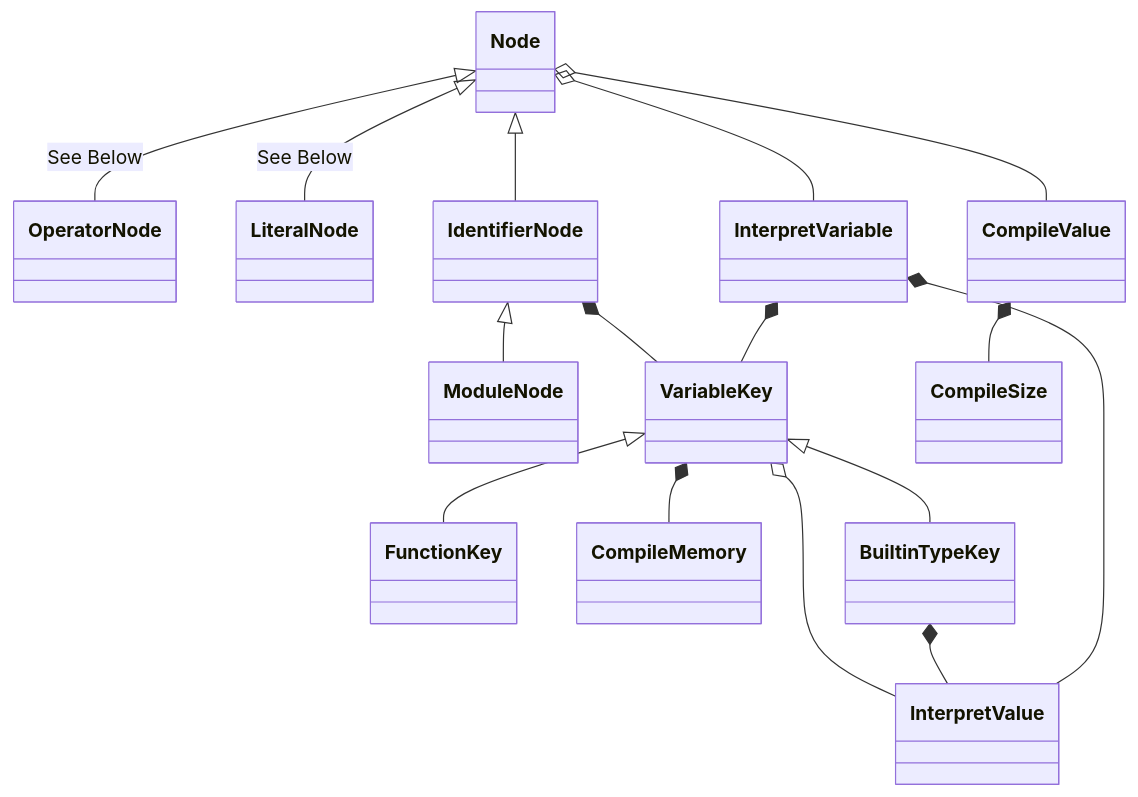
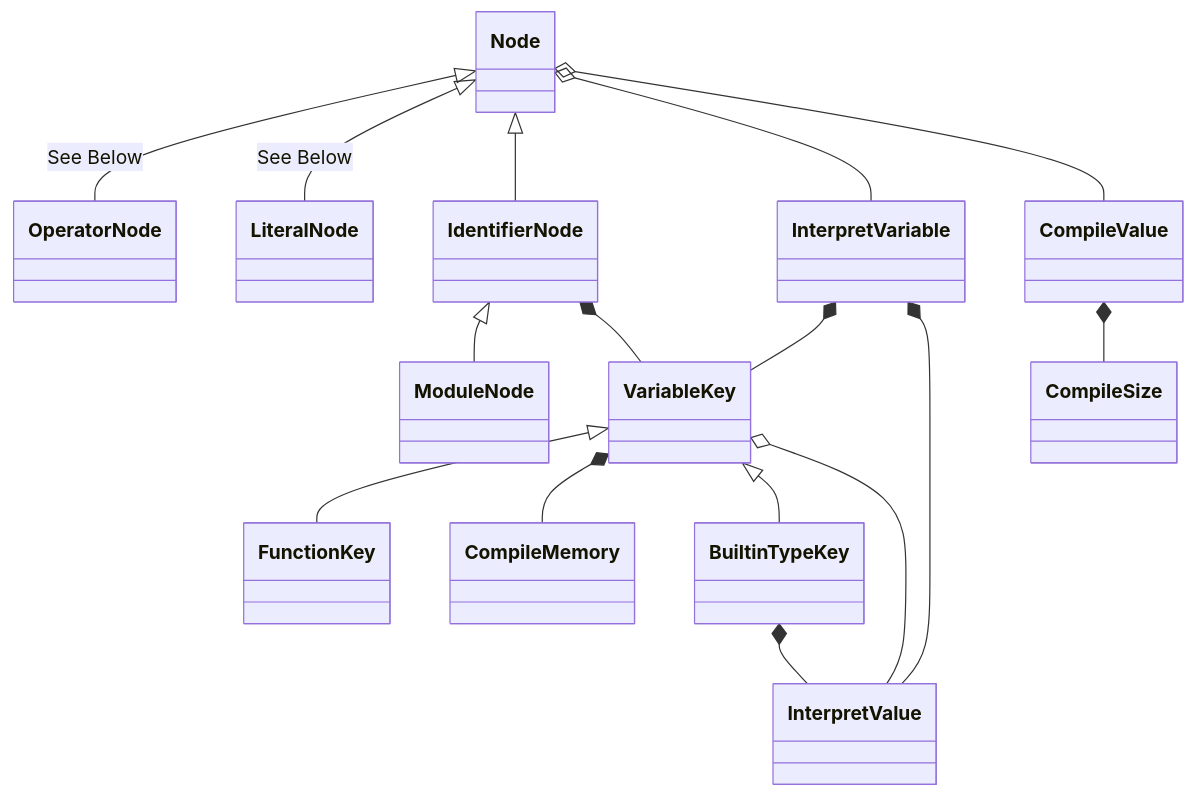
Before and after one commit to Jzhyang1/Monomer: the first of 4 diagrams in README.md, drawn with Mermaid. The commit also changed other lines of this file, not shown here.

````diff
--- a/README.md
+++ b/README.md
@@ -239,18 +239,20 @@
 ```mermaid
 classDiagram
 Node <|-- OperatorNode: See Below
 Node <|-- LiteralNode: See Below
 Node <|-- IdentifierNode
 Node o-- InterpretVariable
 IdentifierNode <|-- ModuleNode
 IdentifierNode *-- VariableKey
 VariableKey <|-- FunctionKey
 VariableKey *-- CompileMemory
-VariableKey o-- InterpretValue
 VariableKey <|-- BuiltinTypeKey
 BuiltinTypeKey *-- InterpretValue
-InterpretVariable *-- InterpretValue
+VariableKey o-- InterpretValue
 InterpretVariable *-- VariableKey
 CompileValue *-- CompileSize
 Node o-- CompileValue
+InterpretVariable *-- InterpretValue
+
+
 ```
````
